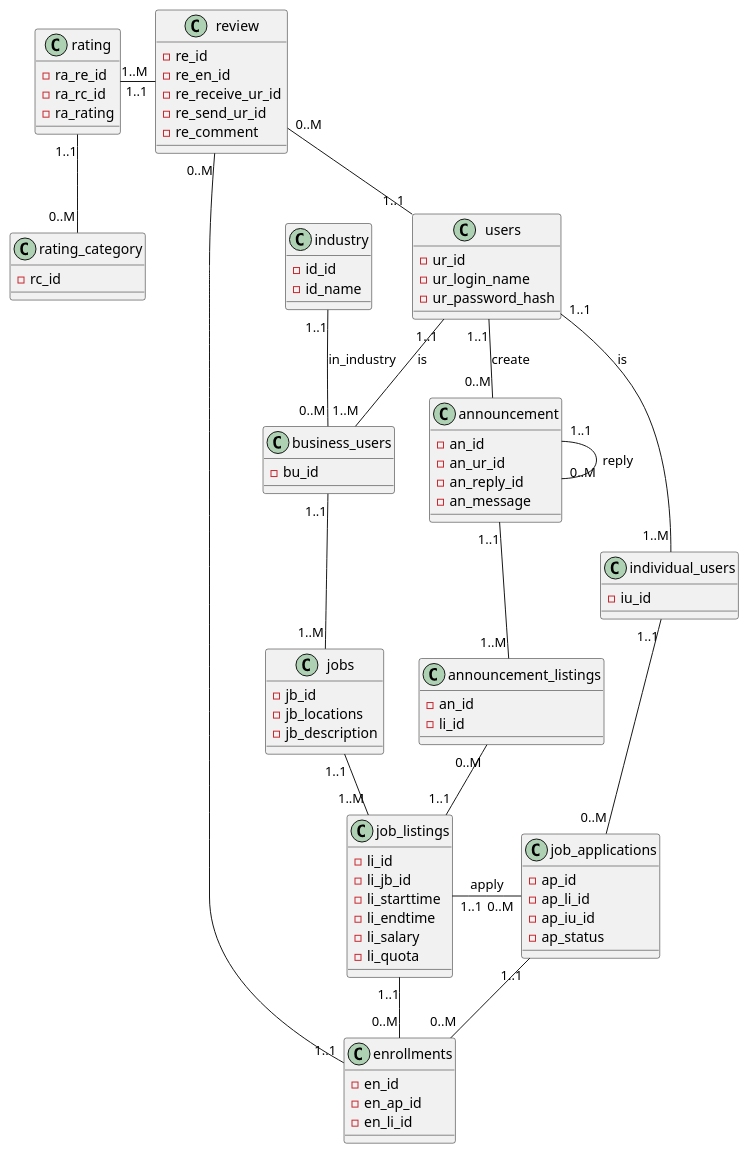
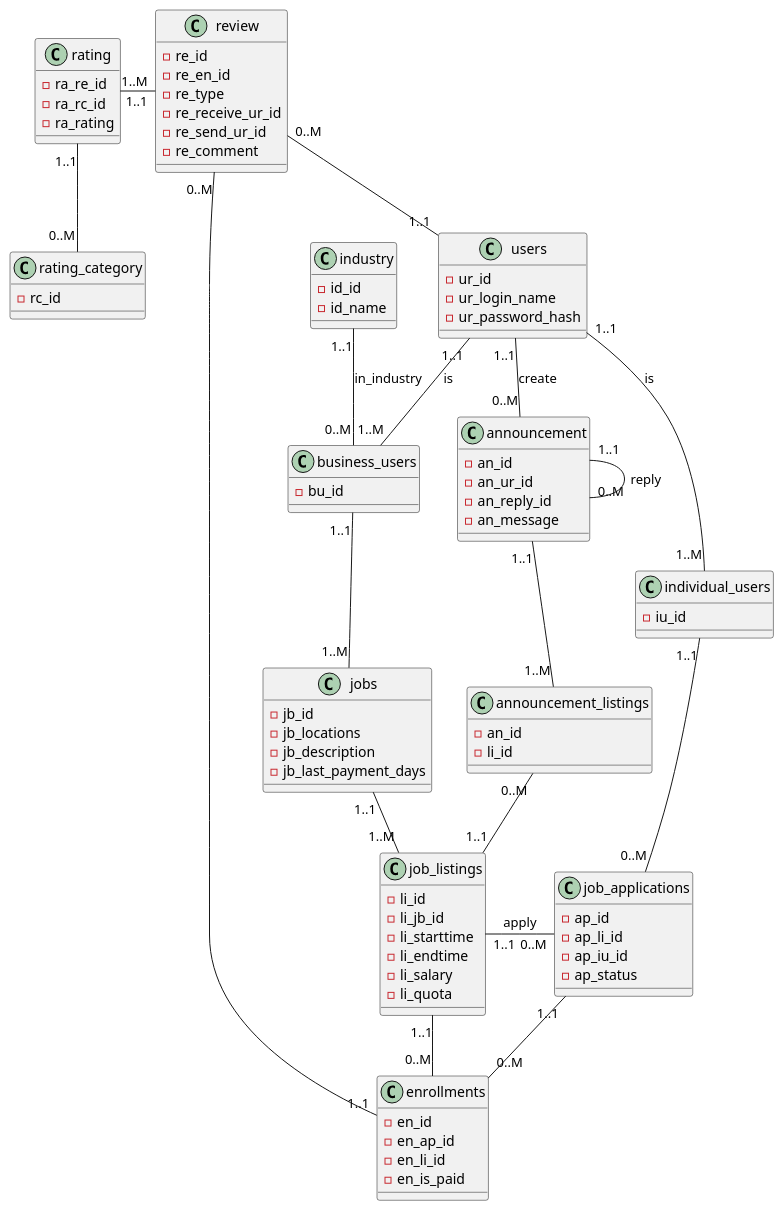
The diagram in README.md (charleschen35353/manbaseHK), drawn with PlantUML before and after one commit.

Commit message:
20200329 Updated the Class Diagram: - Added last payment date alert

```diff
--- a/README.md
+++ b/README.md
@@ -16,6 +16,7 @@
         - jb_id
         - jb_locations
         - jb_description
+        - jb_last_payment_days
     }
 
     class job_listings {
@@ -38,6 +39,7 @@
         - en_id
         - en_ap_id
         - en_li_id
+        - en_is_paid
     }
 
     class announcement {
@@ -76,6 +78,8 @@
     class review {
         - re_id
         - re_en_id
+        - re_type
+        ' re_type can be of 'comment' or 'violation' or 'abnormality'
         - re_receive_ur_id
         - re_send_ur_id
         - re_comment
```
